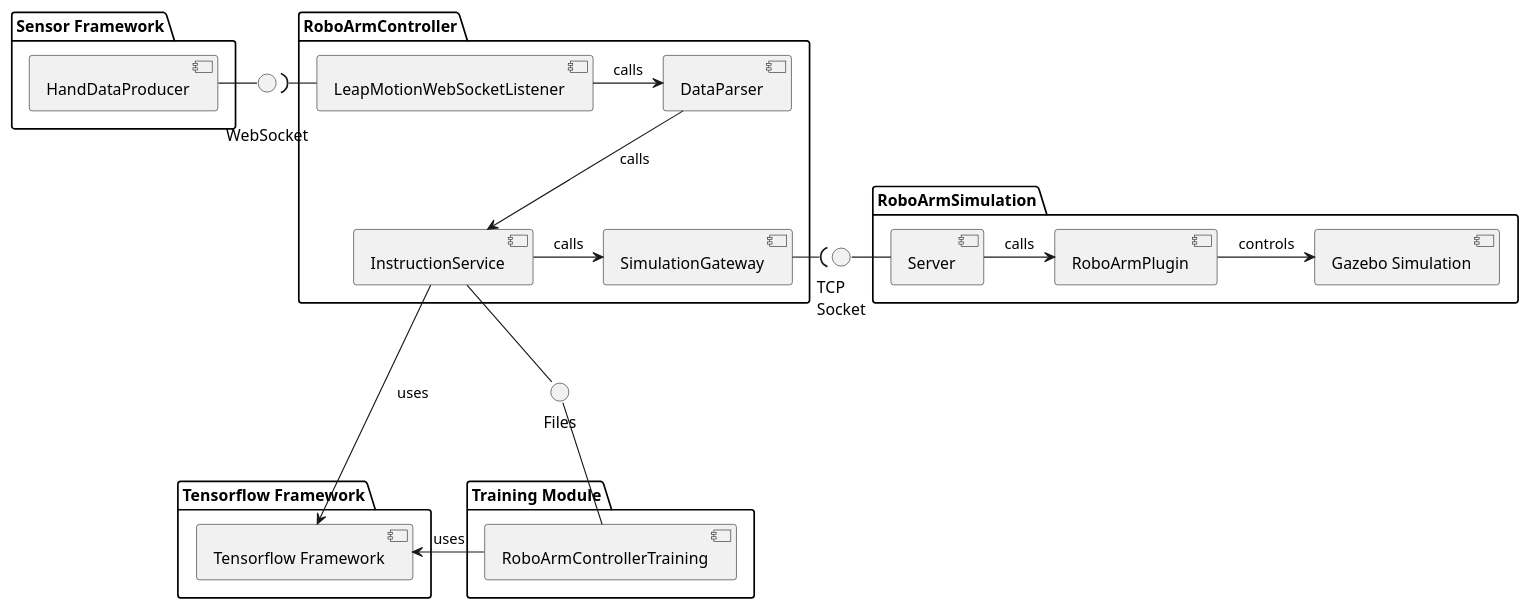
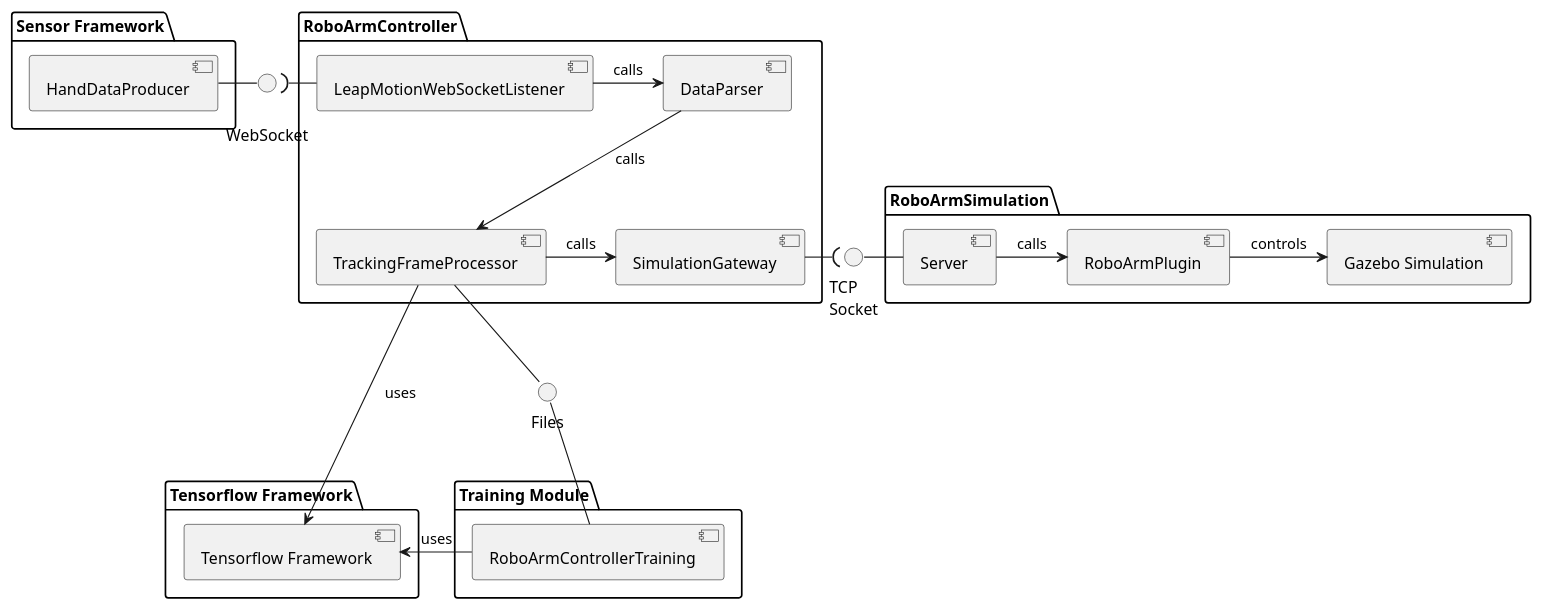
One commit to ellerenad/RoboArmController changed the diagram in src/architecture/components/components.puml. Above: the diagram before and after it, drawn with PlantUML. The commit also changed 1 other file, not shown here.

Commit message:
Reflecting refactor on the required architecture diagrams

```diff
--- a/src/architecture/components/components.puml
+++ b/src/architecture/components/components.puml
@@ -1,54 +1,54 @@
 @startuml
 
 package "Sensor Framework" {
     component "HandDataProducer" as HandDataProducer
 }
 
 interface "\nWebSocket" as WebSocketServer
 HandDataProducer - WebSocketServer
 
 package "RoboArmController" {
     component "LeapMotionWebSocketListener" as WebSocketClient
     component "DataParser" as DataParser
-    component "InstructionService" as InstructionService
+    component "TrackingFrameProcessor" as TrackingFrameProcessor
     component "SimulationGateway" as SimulationGateway
 
     WebSocketServer )- WebSocketClient
     WebSocketClient -> DataParser: calls
-    DataParser --> InstructionService: calls
-    InstructionService -> SimulationGateway: calls
+    DataParser --> TrackingFrameProcessor: calls
+    TrackingFrameProcessor -> SimulationGateway: calls
 }
 
 interface "TCP\nSocket" as SocketServer
 SimulationGateway -( SocketServer
 
 package "Tensorflow Framework" {
     component "Tensorflow Framework" as MLFramework
-    InstructionService -> MLFramework: uses
+    TrackingFrameProcessor -> MLFramework: uses
 
 }
 
 package "Training Module" {
     component "RoboArmControllerTraining" as ModelGenerator
     ModelGenerator -> MLFramework: uses
 }
 
 interface "Files" as Files
 
 Files -- ModelGenerator
-InstructionService -- Files
+TrackingFrameProcessor -- Files
 
 
 package RoboArmSimulation {
     component "Server" as InstructionServer
     component "Gazebo Simulation" as Simulation
     component "RoboArmPlugin" as ControllerPlugin
 
     InstructionServer -> ControllerPlugin: calls
     ControllerPlugin -> Simulation: controls
     SocketServer - InstructionServer
 }
 
 
 
 @enduml
```
